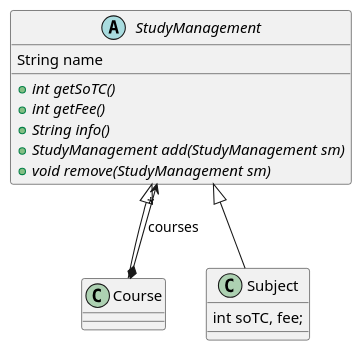
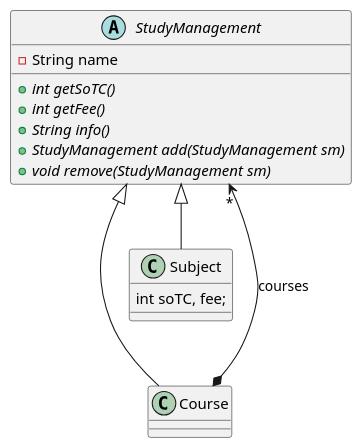
The diagram in src/structural/composite/subject/subject.puml (koha11/Software_Architecture_And_Design), drawn with PlantUML before and after one commit. The commit also changed 26 other files, not shown here.

```diff
--- a/src/structural/composite/subject/subject.puml
+++ b/src/structural/composite/subject/subject.puml
@@ -1,27 +1,27 @@
 @startuml
 'https://plantuml.com/class-diagram
 
 abstract class StudyManagement {
-    String name
+    - String name
     + {abstract} int getSoTC()
     + {abstract} int getFee()
     + {abstract} String info()
     + {abstract} StudyManagement add(StudyManagement sm)
     + {abstract} void remove(StudyManagement sm)
 }
 
 class Course
 
 class Subject {
     int soTC, fee;
 }
 
 Course *--> "*" StudyManagement: "courses"
 
 StudyManagement <|-- Subject
-StudyManagement <|-- Course
+StudyManagement <|--- Course
 
 
 
 
 @enduml
```
